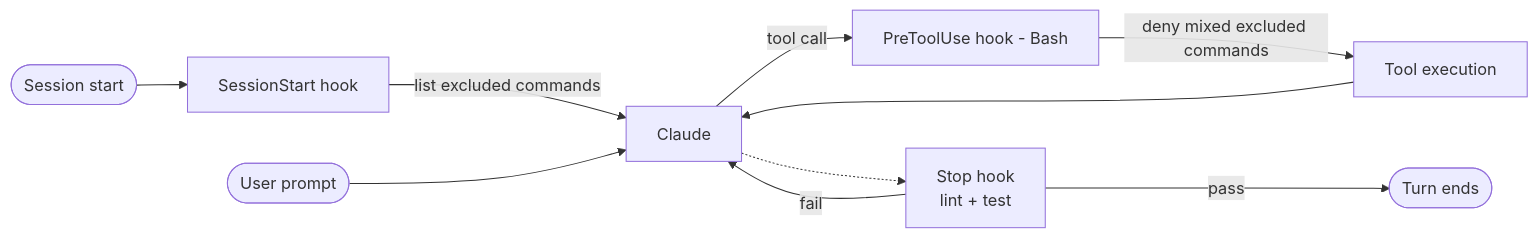
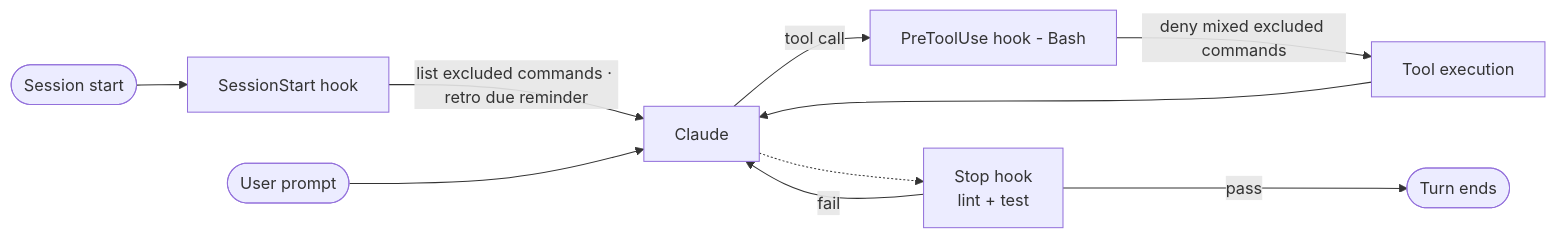
The first of 7 diagrams in README.md (berekvolgyipeter/dotclaude), drawn with Mermaid before and after one commit. The commit also changed other lines of this file and 16 other files, not shown here.

````diff
--- a/README.md
+++ b/README.md
@@ -23,12 +23,12 @@
 ```mermaid
 flowchart LR
     Start([Session start]) --> Notice[SessionStart hook]
-    Notice -->|list excluded commands| Claude
+    Notice -->|list excluded commands · retro due reminder| Claude
     User([User prompt]) --> Claude
     Claude -->|tool call| Pre[PreToolUse hook - Bash]
     Pre -->|deny mixed excluded commands| Tool[Tool execution]
     Tool --> Claude
     Claude -.-> Stop[Stop hook<br/>lint + test]
     Stop -->|pass| Done([Turn ends])
     Stop -->|fail| Claude
 ```
````
